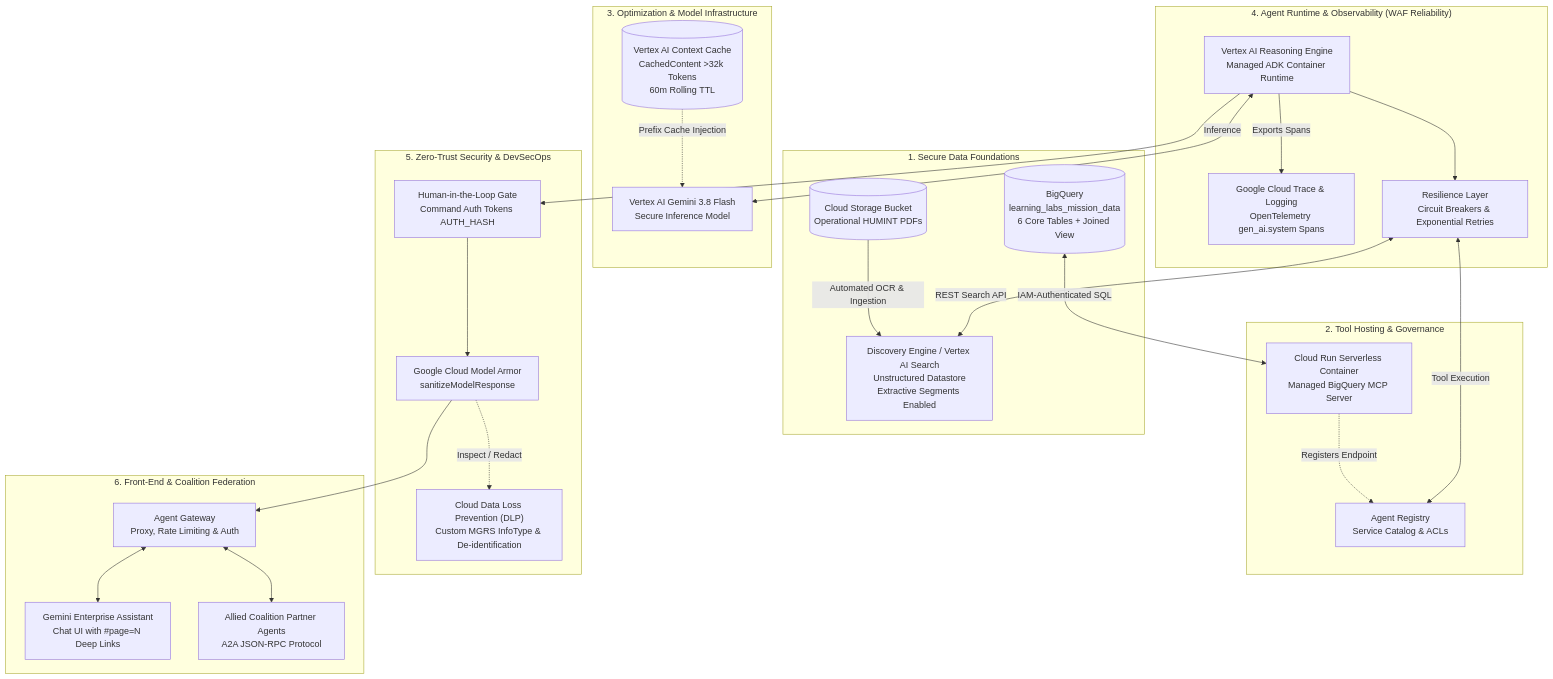
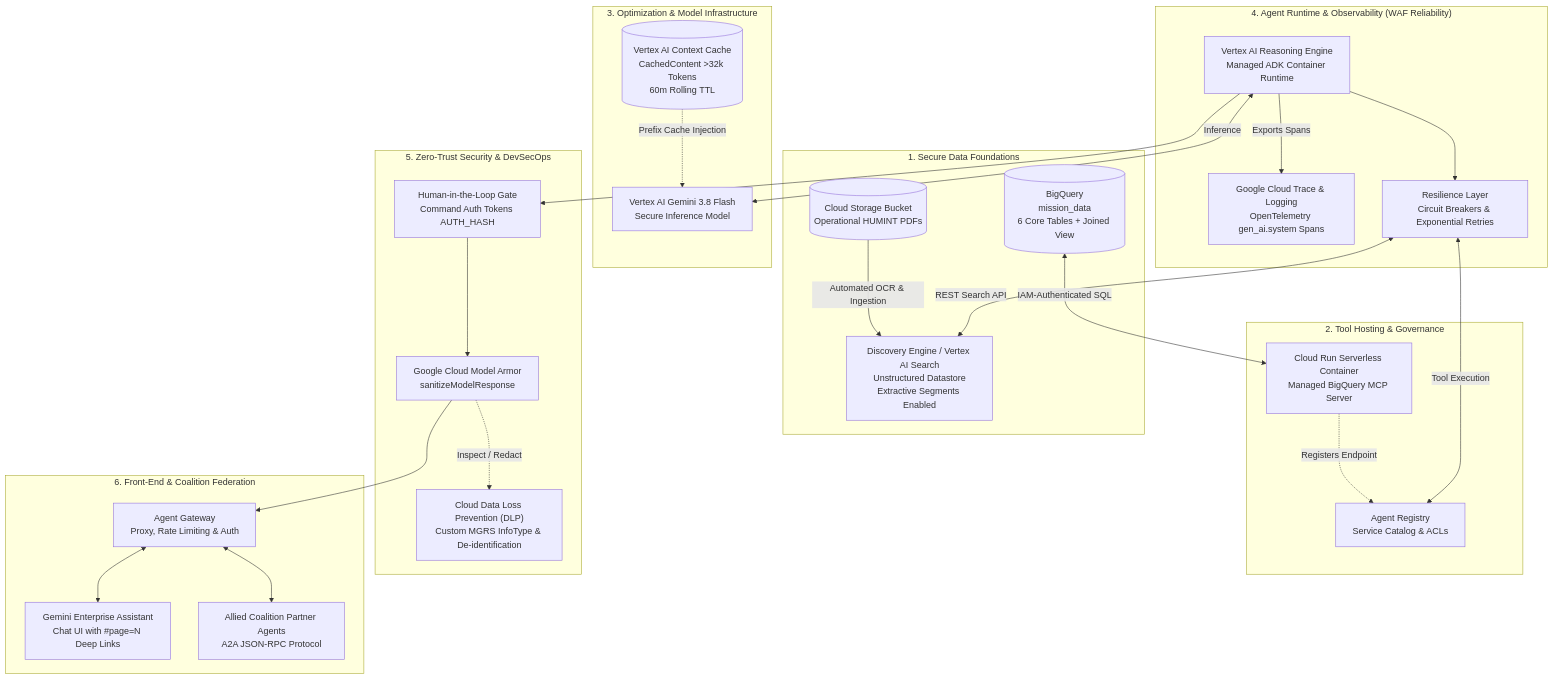
The diagram in docs/Architecture.md (edwardsda-prog/Intelligence-Agent), drawn with Mermaid before and after one commit. The commit also changed other lines of this file and 50 other files, not shown here.

Commit message:
Refactor: Remove 'lab' terminology and update SQLite testing architecture

````diff
--- a/docs/Architecture.md
+++ b/docs/Architecture.md
@@ -7,54 +7,54 @@
 ```mermaid
 flowchart TD
     subgraph DataLayer["1. Secure Data Foundations"]
-        BQ[("BigQuery<br/>learning_labs_mission_data<br/>6 Core Tables + Joined View")]
+        BQ[("BigQuery<br/>mission_data<br/>6 Core Tables + Joined View")]
         GCS[("Cloud Storage Bucket<br/>Operational HUMINT PDFs")]
         DE["Discovery Engine / Vertex AI Search<br/>Unstructured Datastore<br/>Extractive Segments Enabled"]
         GCS -->|Automated OCR & Ingestion| DE
     end
 
     subgraph ToolGovernance["2. Tool Hosting & Governance"]
         CR["Cloud Run Serverless Container<br/>Managed BigQuery MCP Server"]
         AR["Agent Registry<br/>Service Catalog & ACLs"]
         CR -.->|Registers Endpoint| AR
         BQ <-->|IAM-Authenticated SQL| CR
     end
 
     subgraph CachingAndModels["3. Optimization & Model Infrastructure"]
         V_CACHE[("Vertex AI Context Cache<br/>CachedContent &gt;32k Tokens<br/>60m Rolling TTL")]
         GEMINI["Vertex AI Gemini 3.8 Flash<br/>Secure Inference Model"]
         V_CACHE -.->|Prefix Cache Injection| GEMINI
     end
 
     subgraph AgentRuntime["4. Agent Runtime & Observability (WAF Reliability)"]
         RE["Vertex AI Reasoning Engine<br/>Managed ADK Container Runtime"]
         OTEL["Google Cloud Trace & Logging<br/>OpenTelemetry gen_ai.system Spans"]
         CB["Resilience Layer<br/>Circuit Breakers & Exponential Retries"]
         
         RE -->|Exports Spans| OTEL
         RE <-->|Inference| GEMINI
         RE --> CB
         CB <-->|Tool Execution| AR
         CB <-->|REST Search API| DE
     end
 
     subgraph SecurityLayer["5. Zero-Trust Security & DevSecOps"]
         HITL["Human-in-the-Loop Gate<br/>Command Auth Tokens AUTH_HASH"]
         MA["Google Cloud Model Armor<br/>sanitizeModelResponse"]
         DLP["Cloud Data Loss Prevention (DLP)<br/>Custom MGRS InfoType & De-identification"]
         
         RE --> HITL
         HITL --> MA
         MA -.->|Inspect / Redact| DLP
     end
 
     subgraph OperationalFrontEnd["6. Front-End & Coalition Federation"]
         GW["Agent Gateway<br/>Proxy, Rate Limiting & Auth"]
         GE["Gemini Enterprise Assistant<br/>Chat UI with #page=N Deep Links"]
         COALITION["Allied Coalition Partner Agents<br/>A2A JSON-RPC Protocol"]
         
         MA --> GW
         GW <--> GE
         GW <--> COALITION
     end
 ```
````
